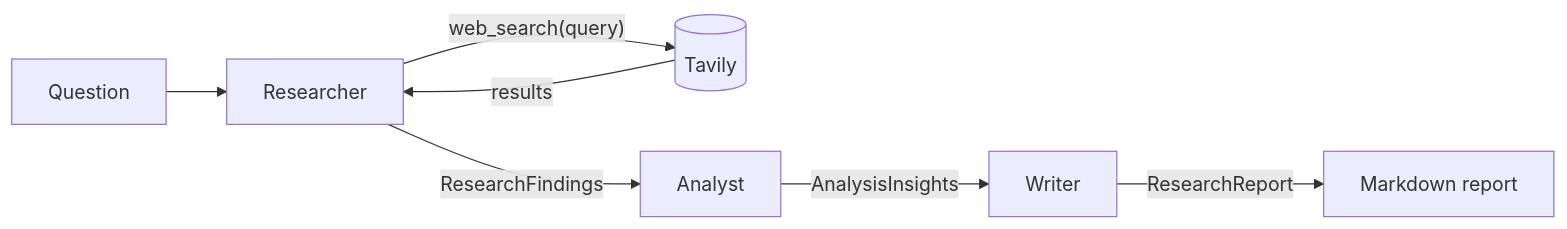
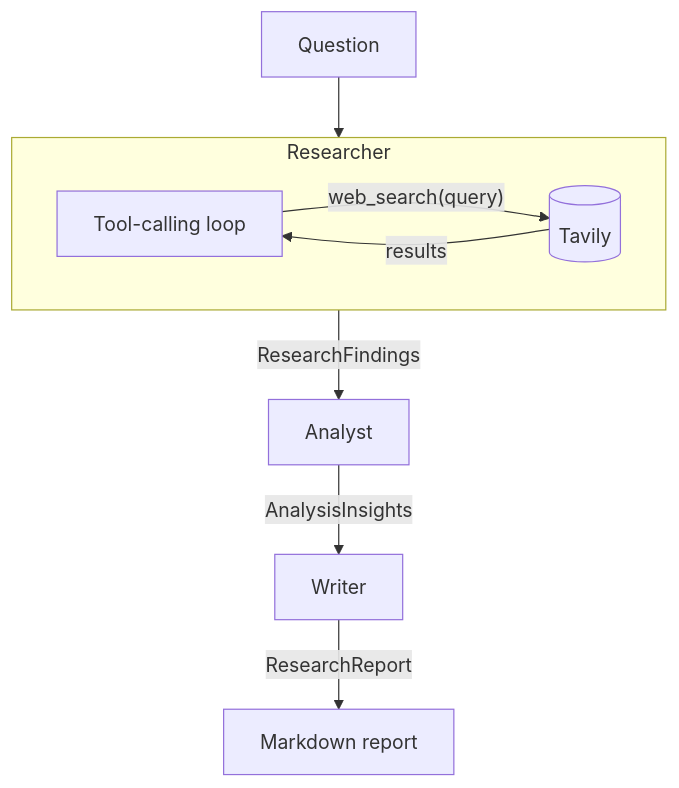
Before and after one commit to mitalin92/multi-agent-research: the diagram in README.md, drawn with Mermaid. The commit also changed other lines of this file, not shown here.

Commit message:
streamlit app

````diff
--- a/README.md
+++ b/README.md
@@ -21,9 +20,12 @@
 ```mermaid
-flowchart LR
-    Q[Question] --> R[Researcher]
-    R -- "web_search(query)" --> T[(Tavily)]
-    T -- results --> R
-    R -- ResearchFindings --> A[Analyst]
+flowchart TD
+    Q[Question] --> RS
+    subgraph RS [Researcher]
+        direction LR
+        R[Tool-calling loop] -- "web_search(query)" --> T[(Tavily)]
+        T -- results --> R
+    end
+    RS -- ResearchFindings --> A[Analyst]
     A -- AnalysisInsights --> W[Writer]
     W -- ResearchReport --> M[Markdown report]
 ```
````
